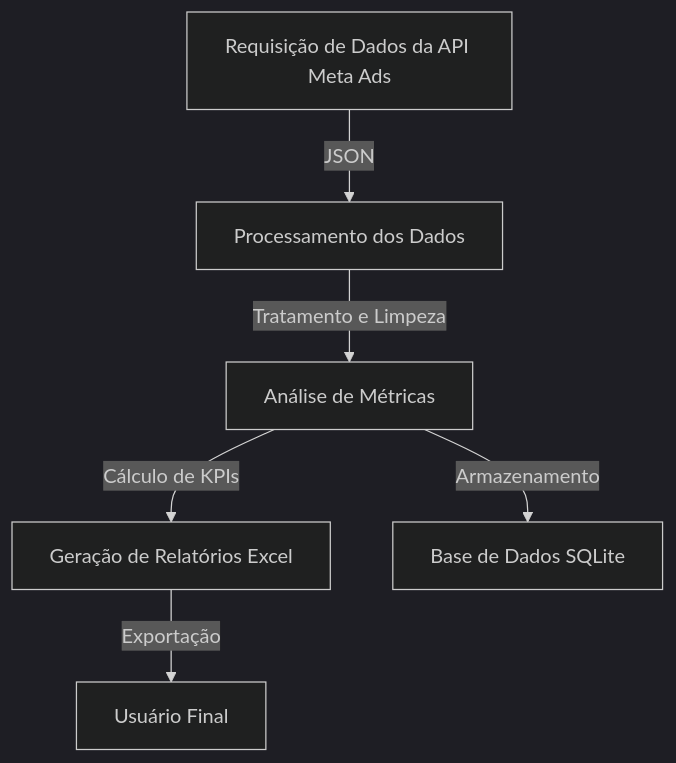
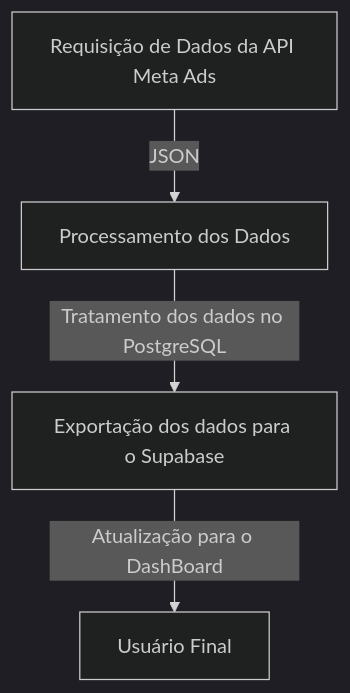
Before and after one commit to Gleybson20/Algoritmo-de-automa-o-de-requisi-es-web: the diagram in README.md, drawn with Mermaid (dark theme). The commit also changed other lines of this file, not shown here.

`````diff
--- a/README.md
+++ b/README.md
@@ -70,8 +74,6 @@
 ```mermaid
 graph TD;
     A[Requisição de Dados da API Meta Ads] -->|JSON| B[Processamento dos Dados]
-    B -->|Tratamento e Limpeza| C[Análise de Métricas]
-    C -->|Cálculo de KPIs| D[Geração de Relatórios Excel]
-    D -->|Exportação| E[Usuário Final]
-    C -->|Armazenamento| F[Base de Dados SQLite]
-```
+    B -->|Tratamento dos dados no PostgreSQL| C[Exportação dos dados para o Supabase]
+    C -->|Atualização para o DashBoard| D[Usuário Final]
+````
`````
